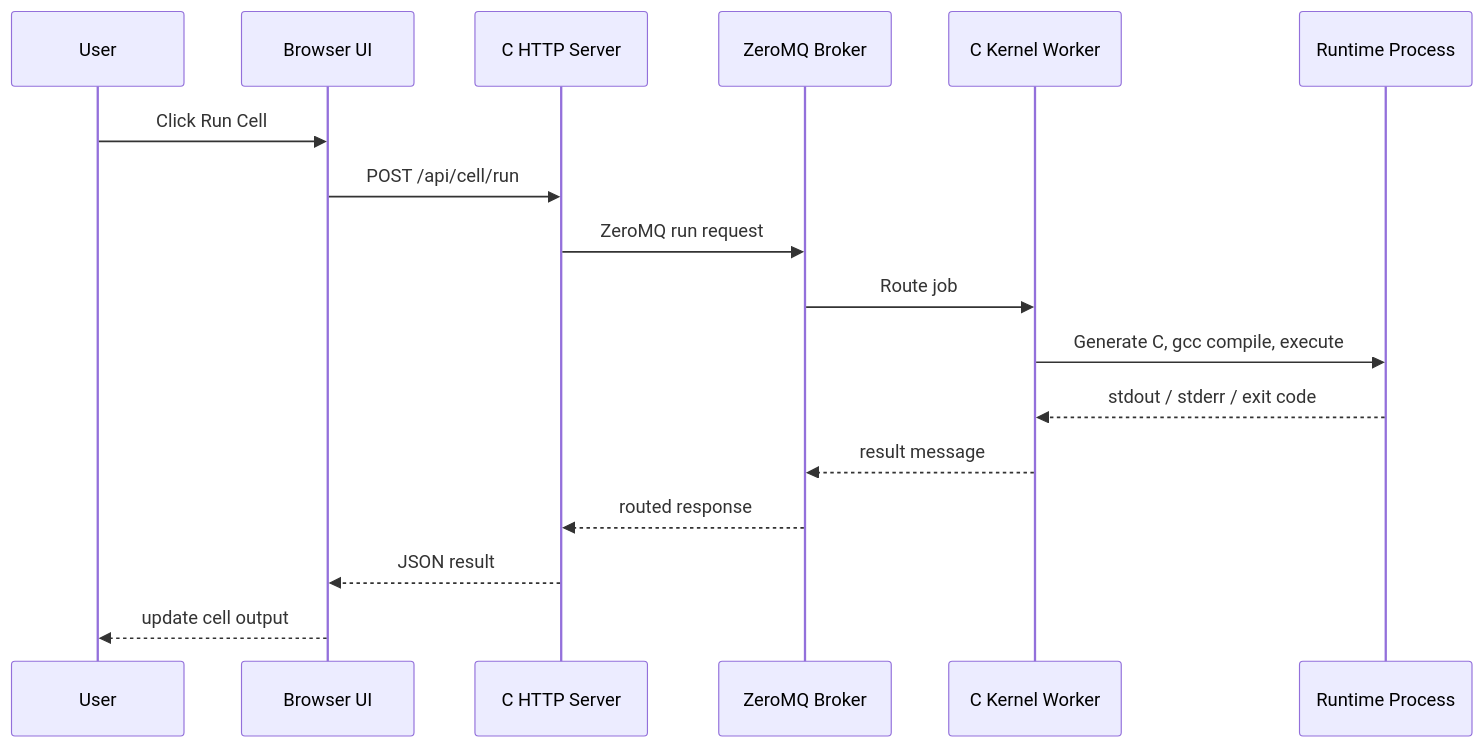
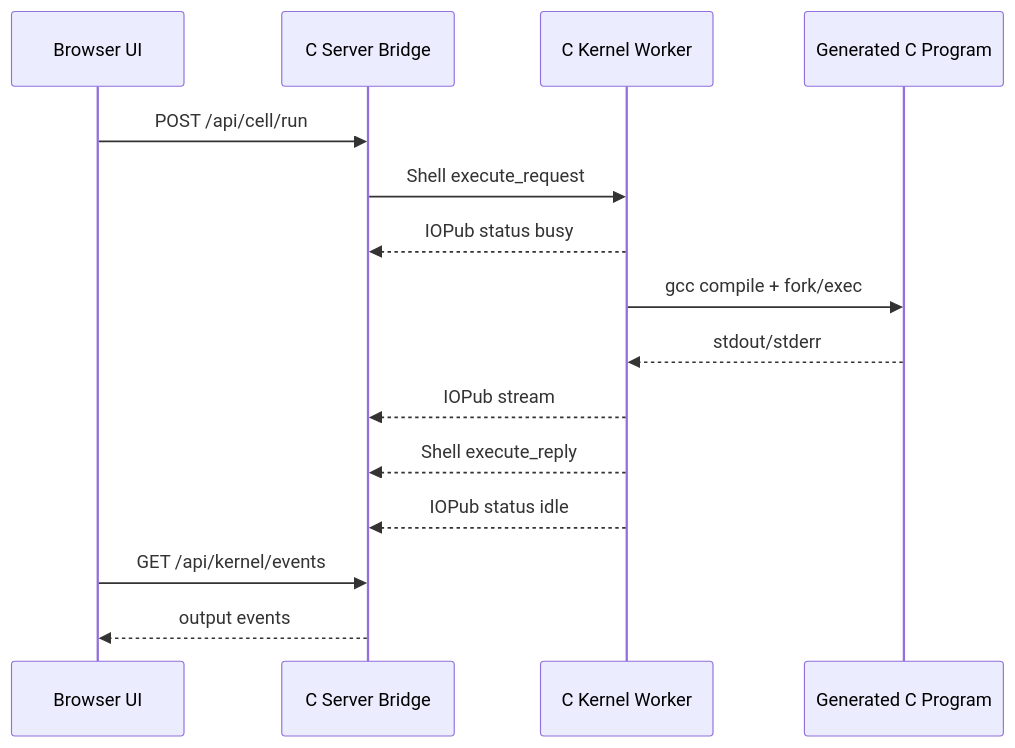
Before and after one commit to Andrew53O/zemomq-c-notebook: the first of 15 diagrams in presentation/PRESENTATION_SLIDES.md, drawn with Mermaid. The commit also changed other lines of this file and 1 other file, not shown here.

````diff
--- a/presentation/PRESENTATION_SLIDES.md
+++ b/presentation/PRESENTATION_SLIDES.md
@@ -117,20 +36,18 @@
 ```mermaid
 sequenceDiagram
-    participant U as User
     participant B as Browser UI
-    participant S as C HTTP Server
-    participant Q as ZeroMQ Broker
-    participant W as C Kernel Worker
-    participant R as Runtime Process
+    participant S as C Server Bridge
+    participant K as C Kernel Worker
+    participant R as Generated C Program
 
-    U->>B: Click Run Cell
     B->>S: POST /api/cell/run
-    S->>Q: ZeroMQ run request
-    Q->>W: Route job
-    W->>R: Generate C, gcc compile, execute
-    R-->>W: stdout / stderr / exit code
-    W-->>Q: result message
-    Q-->>S: routed response
-    S-->>B: JSON result
-    B-->>U: update cell output
+    S->>K: Shell execute_request
+    K-->>S: IOPub status busy
+    K->>R: gcc compile + fork/exec
+    R-->>K: stdout/stderr
+    K-->>S: IOPub stream
+    K-->>S: Shell execute_reply
+    K-->>S: IOPub status idle
+    B->>S: GET /api/kernel/events
+    S-->>B: output events
 ```
````
